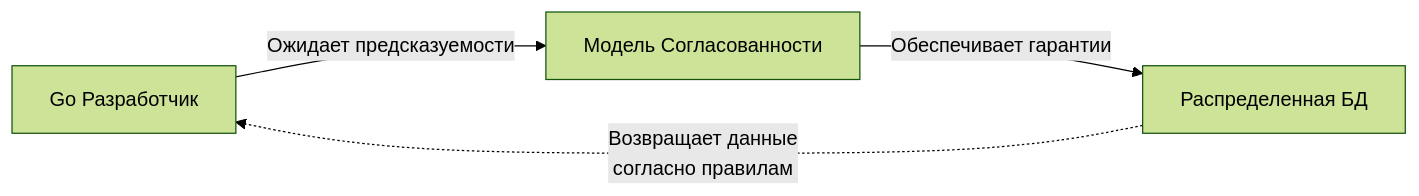
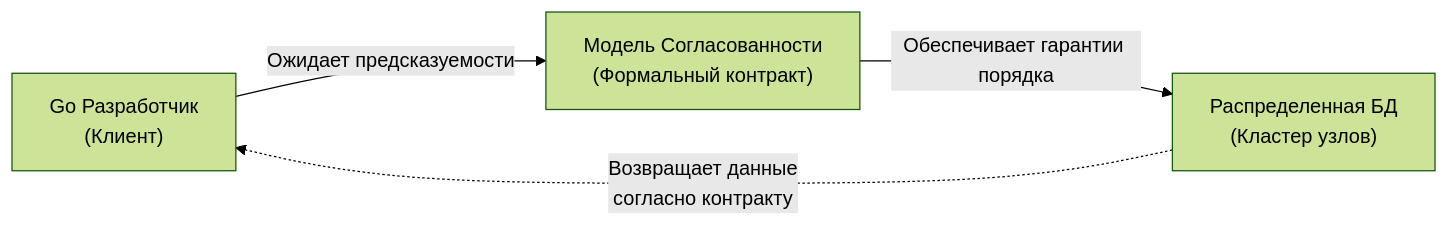
One commit to UnrealTemplier/go-textbook changed the first of 2 diagrams in sources/14. Распределенные системы на Go/03. Данные и согласованность/1. Consistency модели.md. Above: the diagram before and after it, drawn with Mermaid (forest theme). The commit also changed other lines of this file, not shown here.

````diff
--- a/sources/14. Распределенные системы на Go/03. Данные и согласованность/1. Consistency модели.md
+++ b/sources/14. Распределенные системы на Go/03. Данные и согласованность/1. Consistency модели.md
@@ -18,6 +27,6 @@
 ```mermaid
 flowchart LR
-    Dev["Go Разработчик"] -->|"Ожидает предсказуемости"| Contract["Модель Согласованности"]
-    Contract -->|"Обеспечивает гарантии"| DB["Распределенная БД"]
-    DB -.->|"Возвращает данные<br>согласно правилам"| Dev
+    Dev["Go Разработчик<br/>(Клиент)"] -->|"Ожидает предсказуемости"| Contract["Модель Согласованности<br/>(Формальный контракт)"]
+    Contract -->|"Обеспечивает гарантии порядка"| DB["Распределенная БД<br/>(Кластер узлов)"]
+    DB -.->|"Возвращает данные<br/>согласно контракту"| Dev
 ```
````
